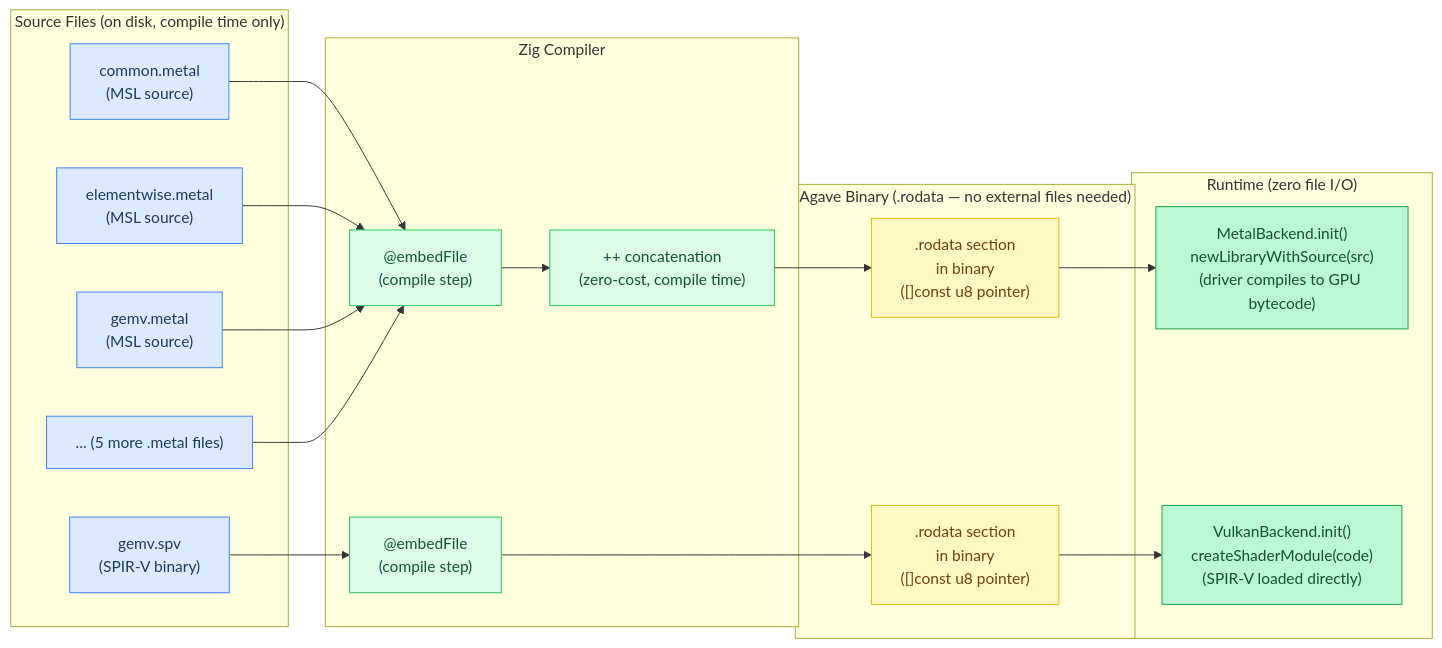
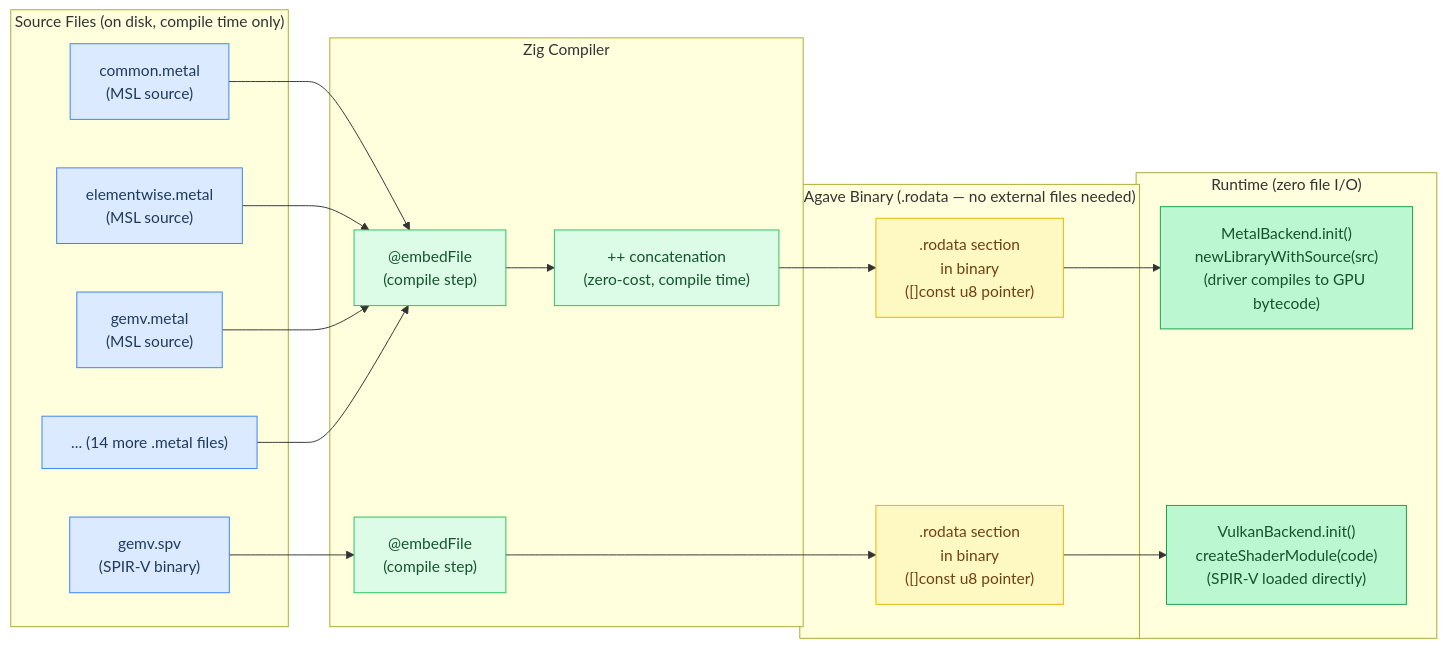
The fourth of 7 diagrams in docs/tutorial/appendix-compile-time.md (maci0/agave), drawn with Mermaid before and after one commit. The commit also changed other lines of this file and 23 other files, not shown here.

````diff
--- a/docs/tutorial/appendix-compile-time.md
+++ b/docs/tutorial/appendix-compile-time.md
@@ -306,59 +294,59 @@
 ```mermaid
 flowchart LR
     classDef setup     fill:#dbeafe,stroke:#3b82f6,color:#1e3a5f
     classDef sync      fill:#dcfce7,stroke:#22c55e,color:#14532d
     classDef migration fill:#fef9c3,stroke:#eab308,color:#713f12
     classDef success   fill:#bbf7d0,stroke:#16a34a,color:#14532d
     classDef danger    fill:#fee2e2,stroke:#ef4444,color:#7f1d1d
     classDef optional  fill:#f3e8ff,stroke:#9333ea,color:#581c87
 
     MSL1["common.metal\n(MSL source)"]:::setup
     MSL2["elementwise.metal\n(MSL source)"]:::setup
     MSL3["gemv.metal\n(MSL source)"]:::setup
-    MSLN["... (5 more .metal files)"]:::setup
+    MSLN["... (14 more .metal files)"]:::setup
     SPV["gemv.spv\n(SPIR-V binary)"]:::setup
     EF["@embedFile\n(compile step)"]:::sync
     EF2["@embedFile\n(compile step)"]:::sync
     Concat["++ concatenation\n(zero-cost, compile time)"]:::sync
     ROData[".rodata section\nin binary\n([]const u8 pointer)"]:::migration
     ROData2[".rodata section\nin binary\n([]const u8 pointer)"]:::migration
     Init["MetalBackend.init()\nnewLibraryWithSource(src)\n(driver compiles to GPU bytecode)"]:::success
     Init2["VulkanBackend.init()\ncreateShaderModule(code)\n(SPIR-V loaded directly)"]:::success
 
     MSL1 --> EF
     MSL2 --> EF
     MSL3 --> EF
     MSLN --> EF
     SPV  --> EF2
 
     EF  --> Concat
     Concat --> ROData
     EF2 --> ROData2
 
     ROData  --> Init
     ROData2 --> Init2
 
     subgraph SourceFiles["Source Files (on disk, compile time only)"]
         MSL1
         MSL2
         MSL3
         MSLN
         SPV
     end
 
     subgraph CompileStep["Zig Compiler"]
         EF
         EF2
         Concat
     end
 
     subgraph Binary["Agave Binary (.rodata — no external files needed)"]
         ROData
         ROData2
     end
 
     subgraph Runtime["Runtime (zero file I/O)"]
         Init
         Init2
     end
 ```
````
